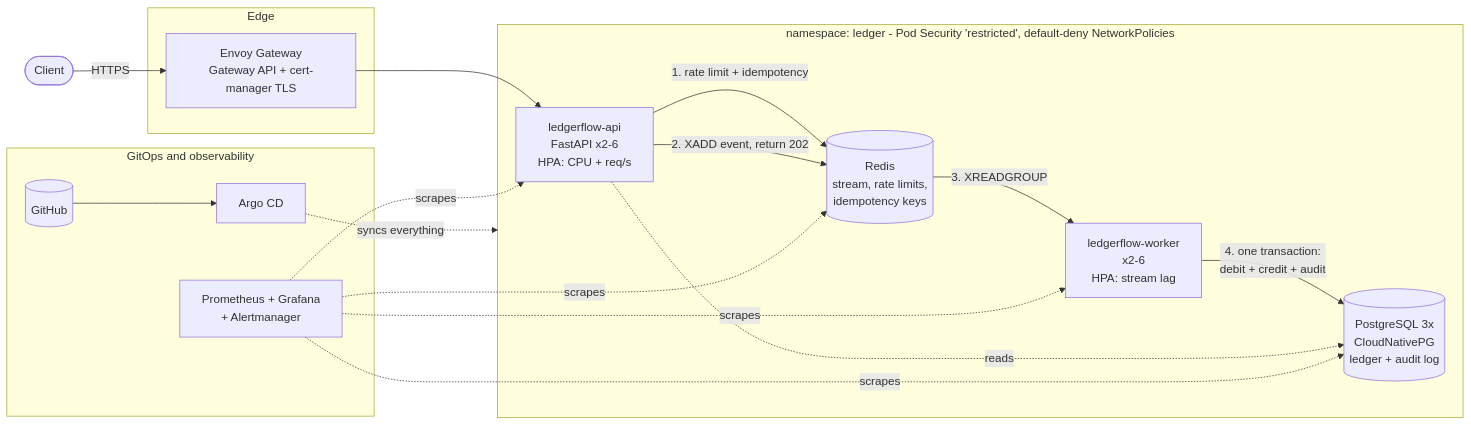
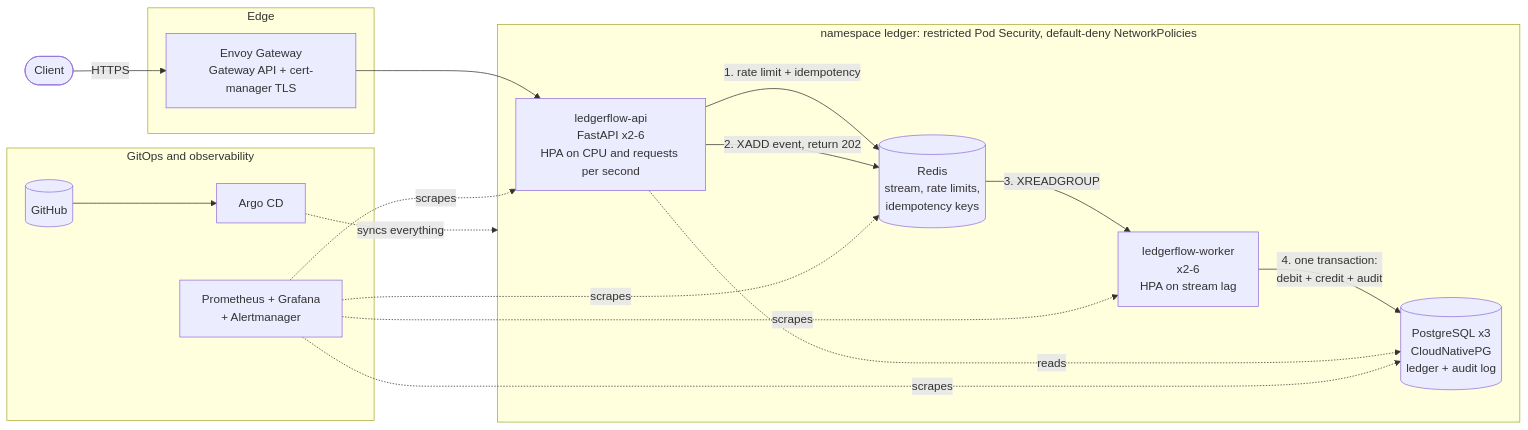
One commit to geve-ops/ledgerflow changed the diagram in README.md. Above: the diagram before and after it, drawn with Mermaid.

Commit message:
README: quote Mermaid labels for reliable rendering

````diff
--- a/README.md
+++ b/README.md
@@ -12,29 +12,32 @@
 ```mermaid
 flowchart LR
-    client([Client]) -->|HTTPS| gw
+    client(["Client"]) -->|"HTTPS"| gw
 
-    subgraph edge [Edge]
-        gw[Envoy Gateway<br/>Gateway API + cert-manager TLS]
+    subgraph edge ["Edge"]
+        gw["Envoy Gateway<br/>Gateway API + cert-manager TLS"]
     end
 
-    subgraph ledger [namespace: ledger - Pod Security 'restricted', default-deny NetworkPolicies]
-        api[ledgerflow-api<br/>FastAPI x2-6<br/>HPA: CPU + req/s]
-        redis[(Redis<br/>stream, rate limits,<br/>idempotency keys)]
-        worker[ledgerflow-worker<br/>x2-6<br/>HPA: stream lag]
-        pg[(PostgreSQL 3x<br/>CloudNativePG<br/>ledger + audit log)]
+    subgraph ledger ["namespace ledger: restricted Pod Security, default-deny NetworkPolicies"]
+        api["ledgerflow-api<br/>FastAPI x2-6<br/>HPA on CPU and requests per second"]
+        redis[("Redis<br/>stream, rate limits,<br/>idempotency keys")]
+        worker["ledgerflow-worker<br/>x2-6<br/>HPA on stream lag"]
+        pg[("PostgreSQL x3<br/>CloudNativePG<br/>ledger + audit log")]
     end
 
     gw --> api
-    api -->|1. rate limit + idempotency| redis
-    api -->|2. XADD event, return 202| redis
-    redis -->|3. XREADGROUP| worker
-    worker -->|4. one transaction:<br/>debit + credit + audit| pg
-    api -.->|reads| pg
+    api -->|"1. rate limit + idempotency"| redis
+    api -->|"2. XADD event, return 202"| redis
+    redis -->|"3. XREADGROUP"| worker
+    worker -->|"4. one transaction:<br/>debit + credit + audit"| pg
+    api -.->|"reads"| pg
 
-    subgraph gitops [GitOps and observability]
-        git[(GitHub)] --> argo[Argo CD]
-        prom[Prometheus + Grafana<br/>+ Alertmanager]
+    subgraph gitops ["GitOps and observability"]
+        git[("GitHub")] --> argo["Argo CD"]
+        prom["Prometheus + Grafana<br/>+ Alertmanager"]
     end
-    argo -.->|syncs everything| ledger
-    prom -.->|scrapes| api & worker & redis & pg
+    argo -.->|"syncs everything"| ledger
+    prom -.->|"scrapes"| api
+    prom -.->|"scrapes"| worker
+    prom -.->|"scrapes"| redis
+    prom -.->|"scrapes"| pg
 ```
````
